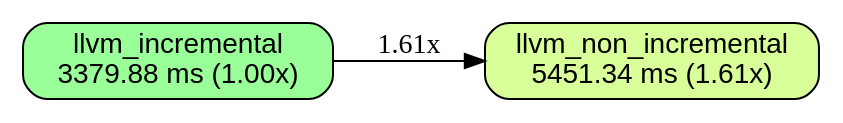
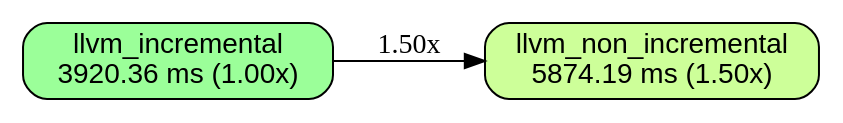
The diagram in docs/BENCHES.build-static.leaf_n25.linux-x86_64-c4-container-intel.dot (orgrinrt/hilavitkutin), drawn with Graphviz before and after one commit. The commit also changed 29 other files, not shown here.

Commit message:
docs: regenerate the bench charts and add the run logs to the note

```diff
--- a/docs/BENCHES.build-static.leaf_n25.linux-x86_64-c4-container-intel.dot
+++ b/docs/BENCHES.build-static.leaf_n25.linux-x86_64-c4-container-intel.dot
@@ -1,14 +1,14 @@
 // AUTO-GENERATED: DO NOT EDIT DIRECTLY
 //
 // Generated by: mockspace (mock)
-// Generated at: 2026-11-16T08:49:43Z
+// Generated at: 2026-11-19T23:03:37Z
 // Source: mock/
 // To regenerate: cargo mock
 
 digraph "build-static/leaf_n25 on linux-x86_64-c4-container-intel" {
   rankdir=LR;
   node [shape=box, style="rounded,filled", fontname="Helvetica"];
-  v0 [label="llvm_incremental\n3379.88 ms (1.00x)", fillcolor="0.330 0.4 1.0"];
-  v1 [label="llvm_non_incremental\n5451.34 ms (1.61x)", fillcolor="0.229 0.4 1.0"];
-  v0 -> v1 [label="1.61x"];
+  v0 [label="llvm_incremental\n3920.36 ms (1.00x)", fillcolor="0.330 0.4 1.0"];
+  v1 [label="llvm_non_incremental\n5874.19 ms (1.50x)", fillcolor="0.248 0.4 1.0"];
+  v0 -> v1 [label="1.50x"];
 }
```
